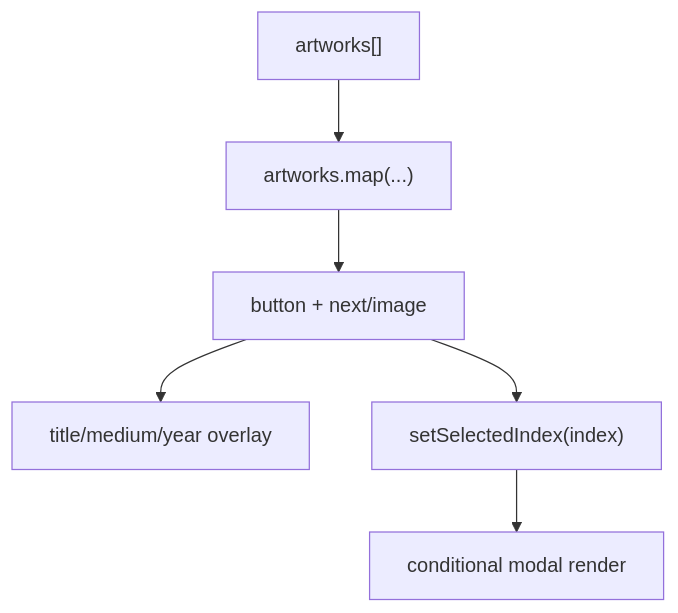
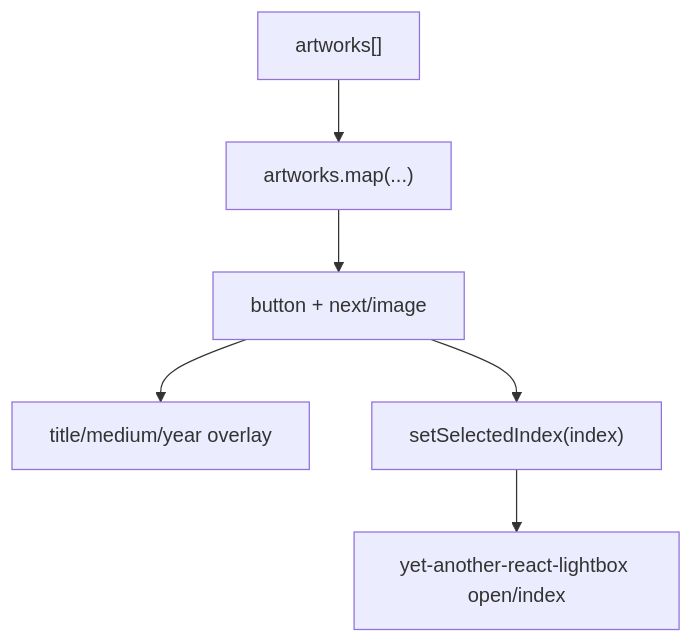
The diagram in lode/ui/portfolio-grid.md (vele616/website-black-vomit), drawn with Mermaid before and after one commit. The commit also changed other lines of this file and 5 other files, not shown here.

Commit message:
Added yet-another-react-lightbox for portfolio

````diff
--- a/lode/ui/portfolio-grid.md
+++ b/lode/ui/portfolio-grid.md
@@ -11,8 +11,8 @@
 ```mermaid
 flowchart TD
   Data["artworks[]"] --> Map["artworks.map(...)"]
   Map --> Card["button + next/image"]
   Card --> Overlay["title/medium/year overlay"]
   Card --> Select["setSelectedIndex(index)"]
-  Select --> Lightbox["conditional modal render"]
+  Select --> Lightbox["yet-another-react-lightbox open/index"]
 ```
````
